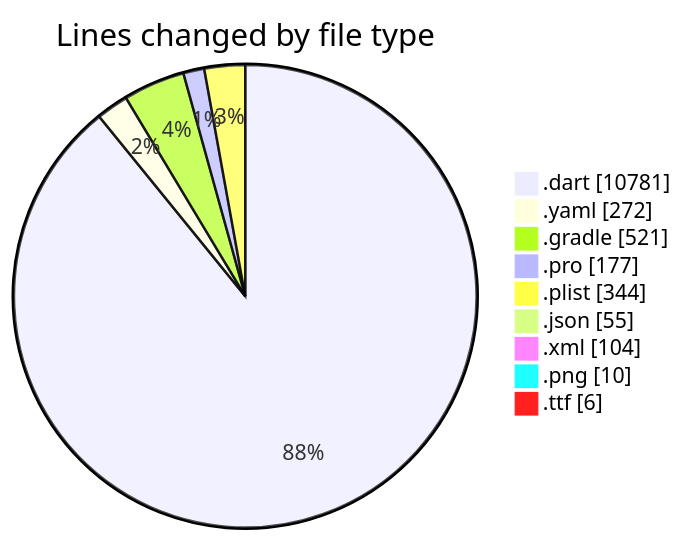
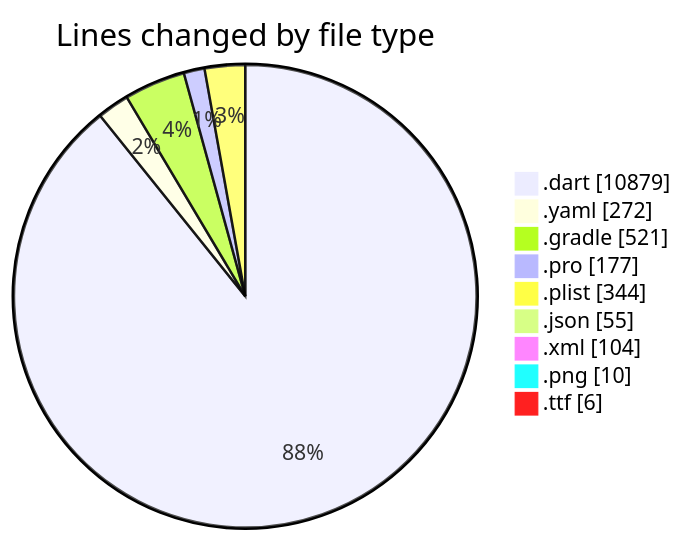
The first of 2 diagrams in 2025-07-29/appproject/README.md (lephambinh05/code-tracking), drawn with Mermaid before and after one commit. The commit also changed other lines of this file and 1 other file, not shown here.

````diff
--- a/2025-07-29/appproject/README.md
+++ b/2025-07-29/appproject/README.md
@@ -63,13 +63,13 @@
 ```mermaid
 pie showData
 title Lines changed by file type
-".dart" : 10781
+".dart" : 10879
 ".yaml" : 272
 ".gradle" : 521
 ".pro" : 177
 ".plist" : 344
 ".json" : 55
 ".xml" : 104
 ".png" : 10
 ".ttf" : 6
 ```
````
